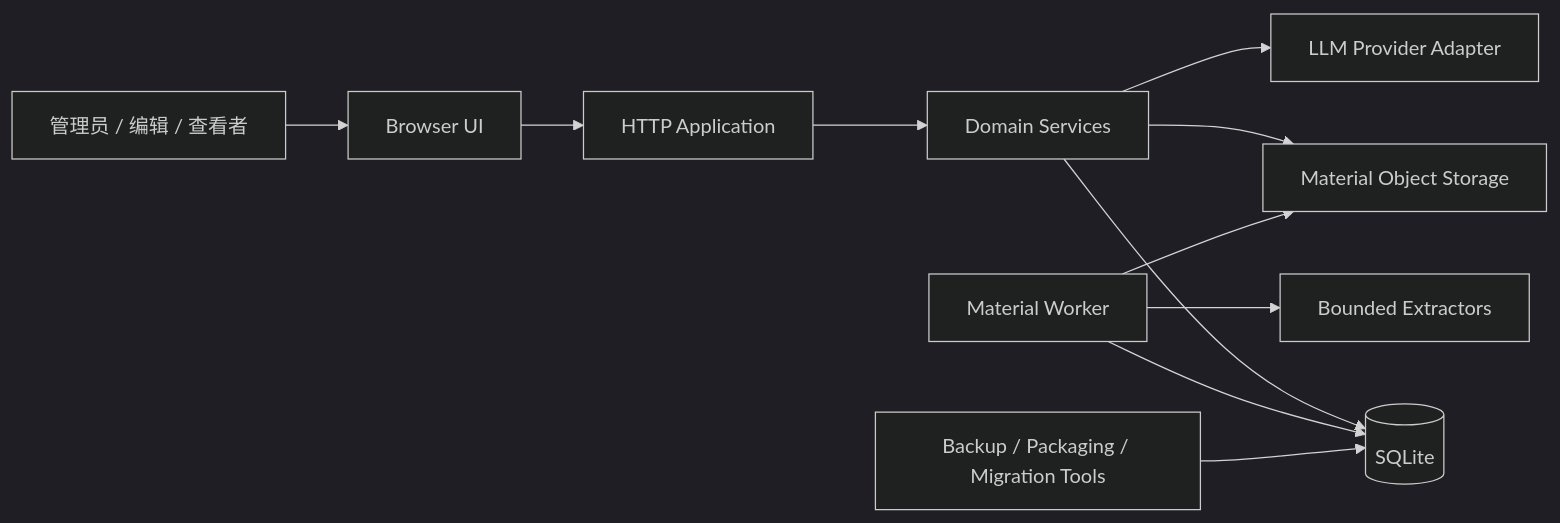
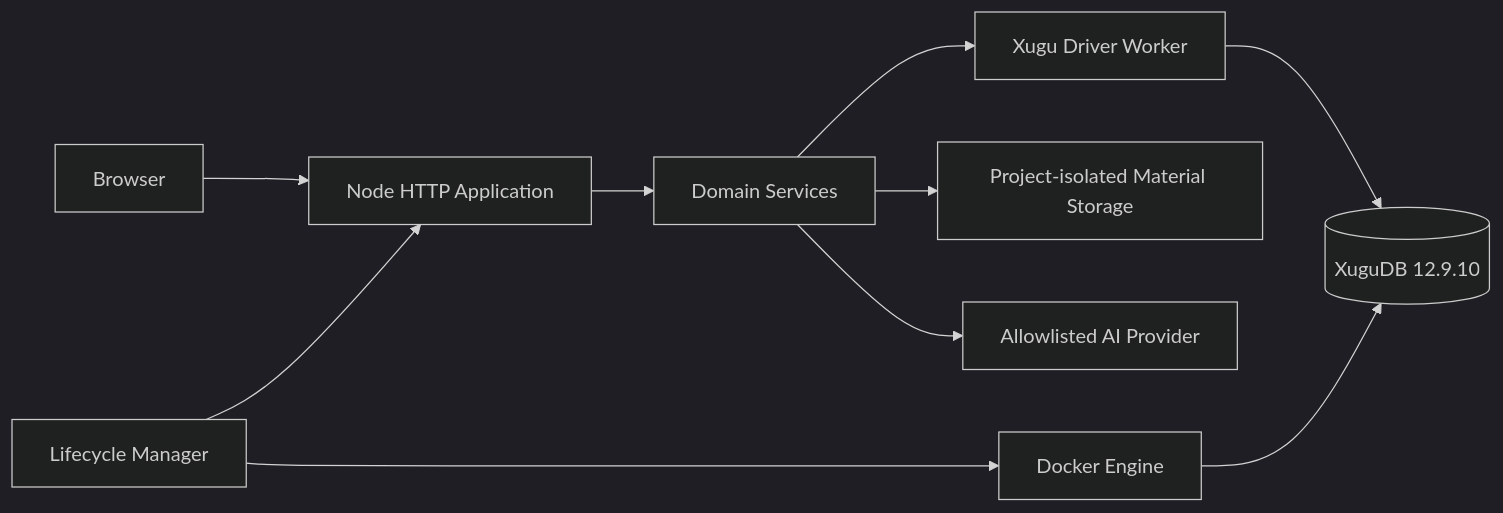
Before and after one commit to FATELLS/ai-project-command-platform: the first of 2 diagrams in .planning/design/system/ARCHITECTURE.md, drawn with Mermaid (dark theme). The commit also changed other lines of this file and 146 other files, not shown here.

````diff
--- a/.planning/design/system/ARCHITECTURE.md
+++ b/.planning/design/system/ARCHITECTURE.md
@@ -20,13 +8,12 @@
 ```mermaid
 flowchart LR
-    U["管理员 / 编辑 / 查看者"] --> B["Browser UI"]
-    B --> H["HTTP Application"]
-    H --> S["Domain Services"]
-    S --> DB[("SQLite")]
-    S --> FS["Material Object Storage"]
-    W["Material Worker"] --> DB
-    W --> FS
-    W --> X["Bounded Extractors"]
-    S --> P["LLM Provider Adapter"]
-    O["Backup / Packaging / Migration Tools"] --> DB
+  B["Browser"] --> H["Node HTTP Application"]
+  H --> S["Domain Services"]
+  S --> W["Xugu Driver Worker"]
+  W --> X[("XuguDB 12.9.10")]
+  S --> F["Project-isolated Material Storage"]
+  S --> P["Allowlisted AI Provider"]
+  M["Lifecycle Manager"] --> H
+  M --> D["Docker Engine"]
+  D --> X
 ```
````
